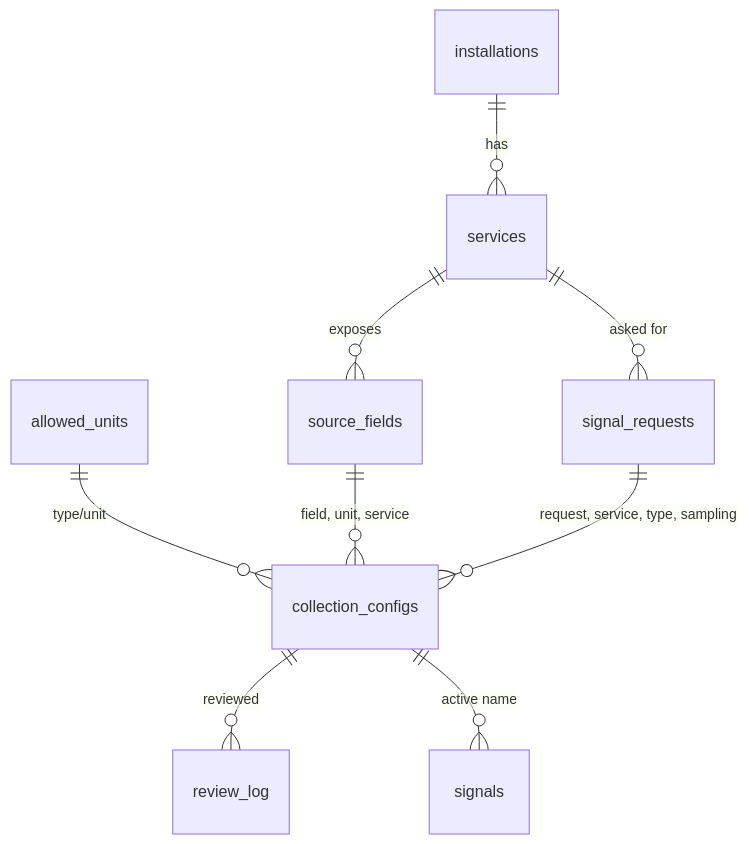
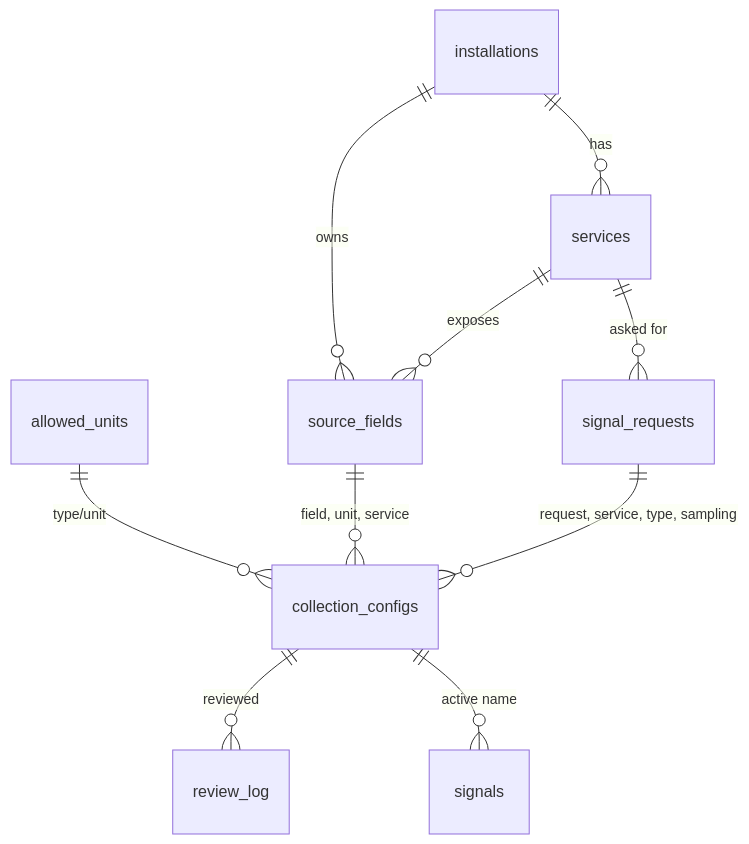
One commit to ggiallo28/agent-tool-errors changed the third of 3 diagrams in .kiro/specs/catalog-schema/design.md. Above: the diagram before and after it, drawn with Mermaid. The commit also changed other lines of this file and 1 other file, not shown here.

Commit message:
docs(catalog-schema): source_fields references installations

````diff
--- a/.kiro/specs/catalog-schema/design.md
+++ b/.kiro/specs/catalog-schema/design.md
@@ -269,11 +269,12 @@
 ```mermaid
 erDiagram
     installations ||--o{ services : has
+    installations ||--o{ source_fields : owns
     services ||--o{ source_fields : exposes
     services ||--o{ signal_requests : "asked for"
     allowed_units ||--o{ collection_configs : "type/unit"
     source_fields ||--o{ collection_configs : "field, unit, service"
     signal_requests ||--o{ collection_configs : "request, service, type, sampling"
     collection_configs ||--o{ review_log : reviewed
     collection_configs ||--o{ signals : "active name"
 ```
````
